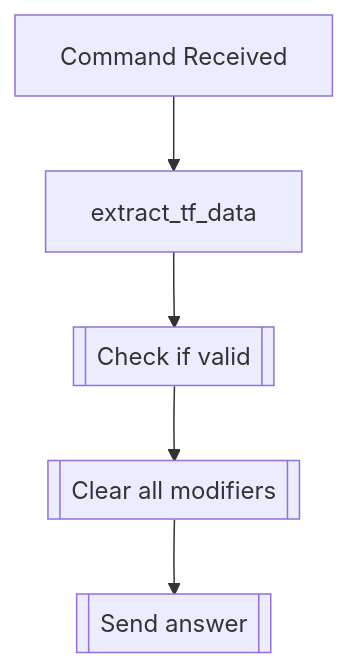
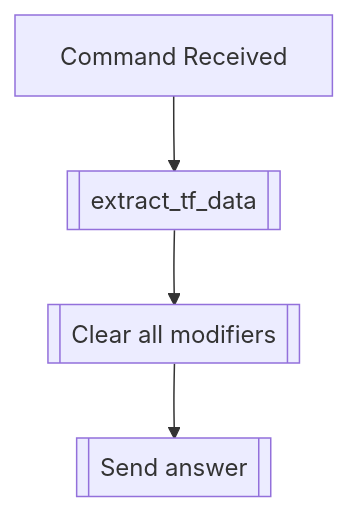
The diagram in docs/commands/set_and_clear/all_fields.md (dorythecat/TransforMate), drawn with Mermaid before and after one commit. The commit also changed 3 other files, not shown here.

````diff
--- a/docs/commands/set_and_clear/all_fields.md
+++ b/docs/commands/set_and_clear/all_fields.md
@@ -14,7 +14,6 @@
 ```mermaid
 flowchart TD
-    CommandReceived[Command Received] --> ExtractTfData[extract_tf_data]
-    ExtractTfData --> CheckValid[[Check if valid]]
-    CheckValid --> ClearModifiers[[Clear all modifiers]]
+    CommandReceived[Command Received] --> ExtractTfData[[extract_tf_data]]
+    ExtractTfData --> ClearModifiers[[Clear all modifiers]]
     ClearModifiers --> SendAnswer[[Send answer]]
 ```
````
